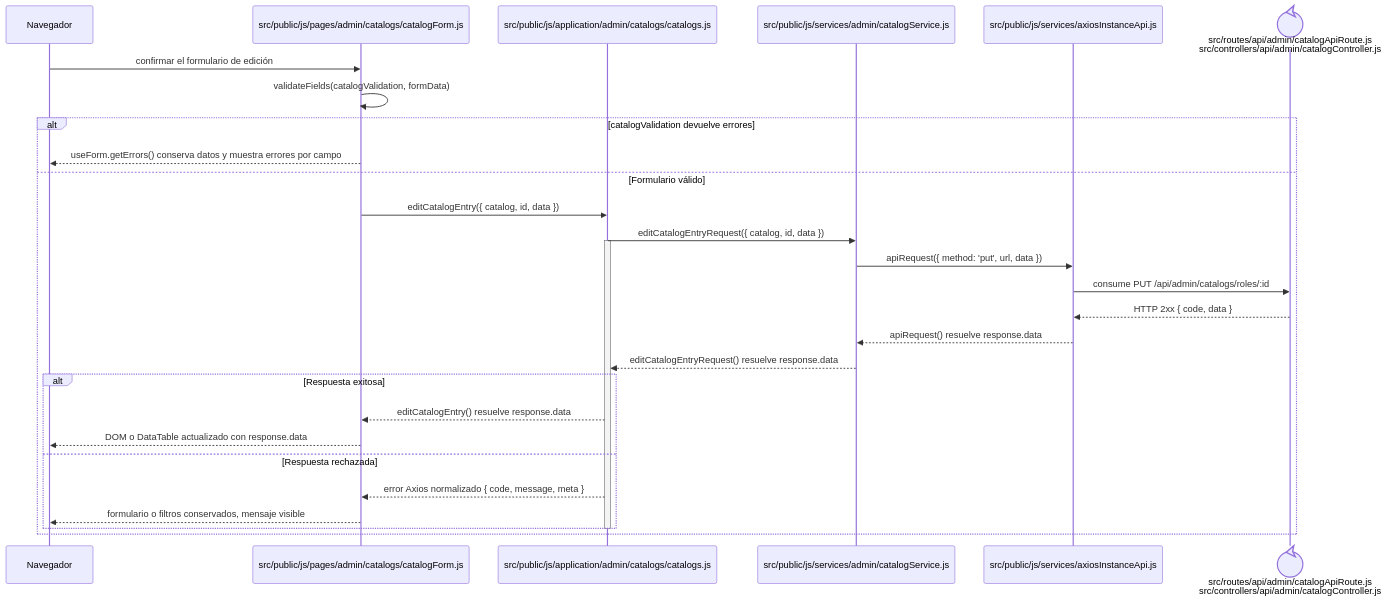
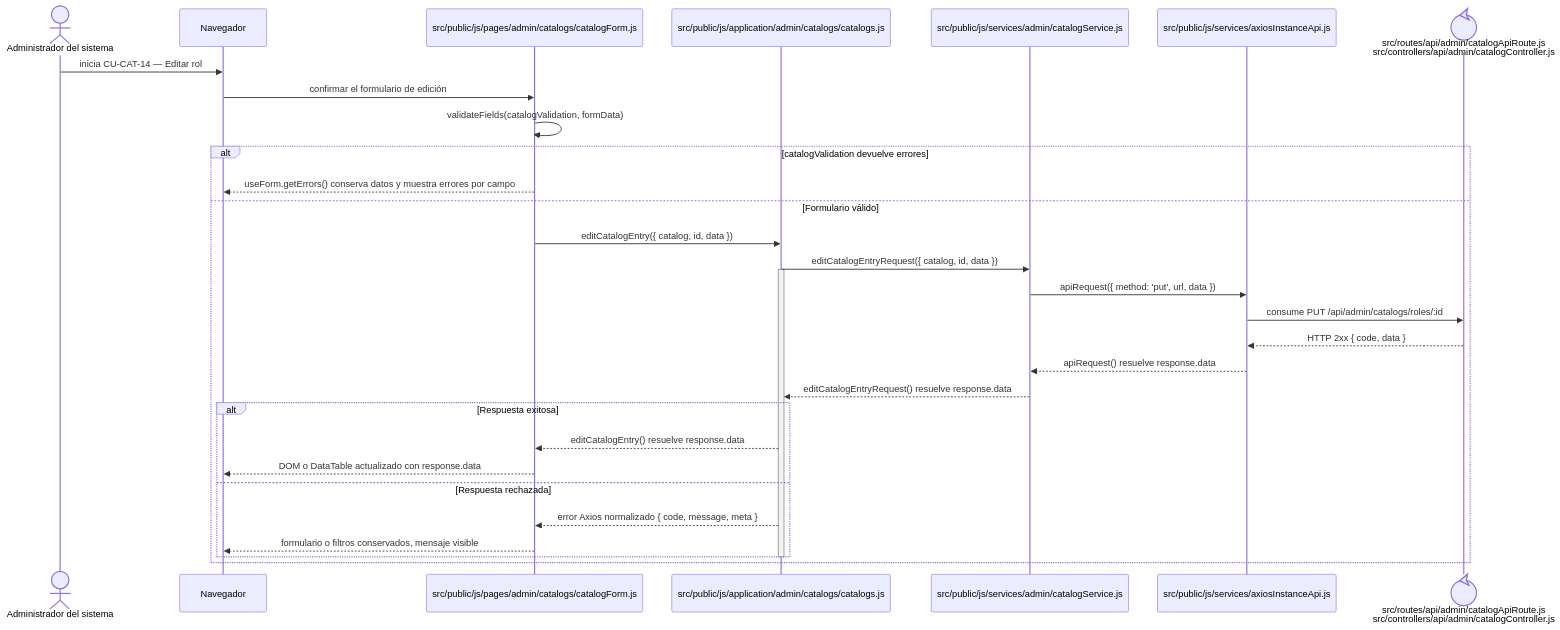
One commit to gpgsistemas01/nexus changed the diagram in docs/architecture/frontend-code-sequences/catalogs/cu-cat-14.md. Above: the diagram before and after it, drawn with Mermaid. The commit also changed 105 other files, not shown here.

````diff
--- a/docs/architecture/frontend-code-sequences/catalogs/cu-cat-14.md
+++ b/docs/architecture/frontend-code-sequences/catalogs/cu-cat-14.md
@@ -6,32 +6,34 @@
 ```mermaid
 sequenceDiagram
+    actor Initiator as Administrador del sistema
     participant Browser as Navegador
     participant View as src/public/js/pages/admin/catalogs/catalogForm.js
     participant Application as src/public/js/application/admin/catalogs/catalogs.js
     participant Request as src/public/js/services/admin/catalogService.js
     participant HTTP as src/public/js/services/axiosInstanceApi.js
     participant Transport@{ "type": "control" } as src/routes/api/admin/catalogApiRoute.js<br/>src/controllers/api/admin/catalogController.js
 
+    Initiator->>Browser: inicia CU-CAT-14 — Editar rol
     Browser->>View: confirmar el formulario de edición
     View->>View: validateFields(catalogValidation, formData)
     alt catalogValidation devuelve errores
         View-->>Browser: useForm.getErrors() conserva datos y muestra errores por campo
     else Formulario válido
         View->>Application: editCatalogEntry({ catalog, id, data })
         Application->>Request: editCatalogEntryRequest({ catalog, id, data })
         activate Application
         Request->>HTTP: apiRequest({ method: 'put', url, data })
         HTTP->>Transport: consume PUT /api/admin/catalogs/roles/:id
         Transport-->>HTTP: HTTP 2xx { code, data }
         HTTP-->>Request: apiRequest() resuelve response.data
         Request-->>Application: editCatalogEntryRequest() resuelve response.data
         alt Respuesta exitosa
             Application-->>View: editCatalogEntry() resuelve response.data
             View-->>Browser: DOM o DataTable actualizado con response.data
         else Respuesta rechazada
             Application-->>View: error Axios normalizado { code, message, meta }
             View-->>Browser: formulario o filtros conservados, mensaje visible
         end
         deactivate Application
     end
 ```
````
